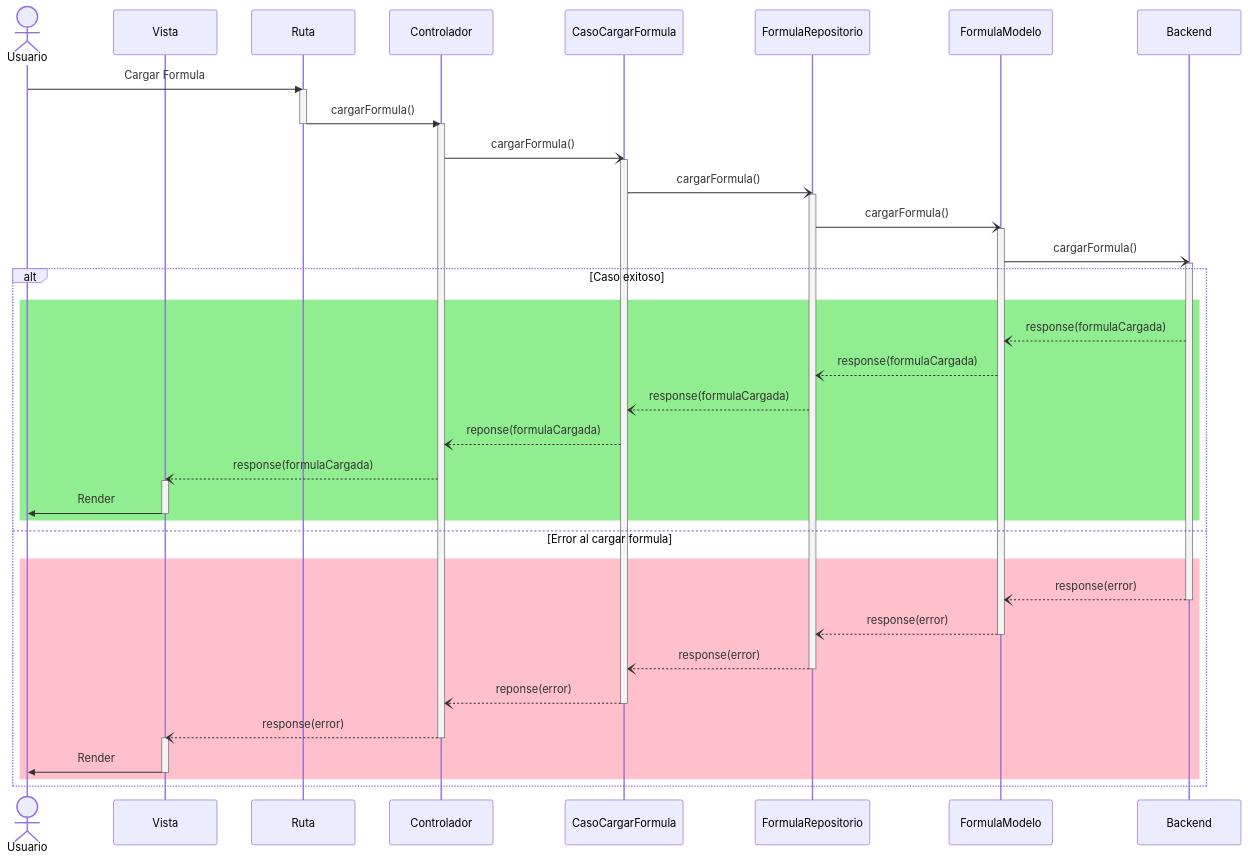
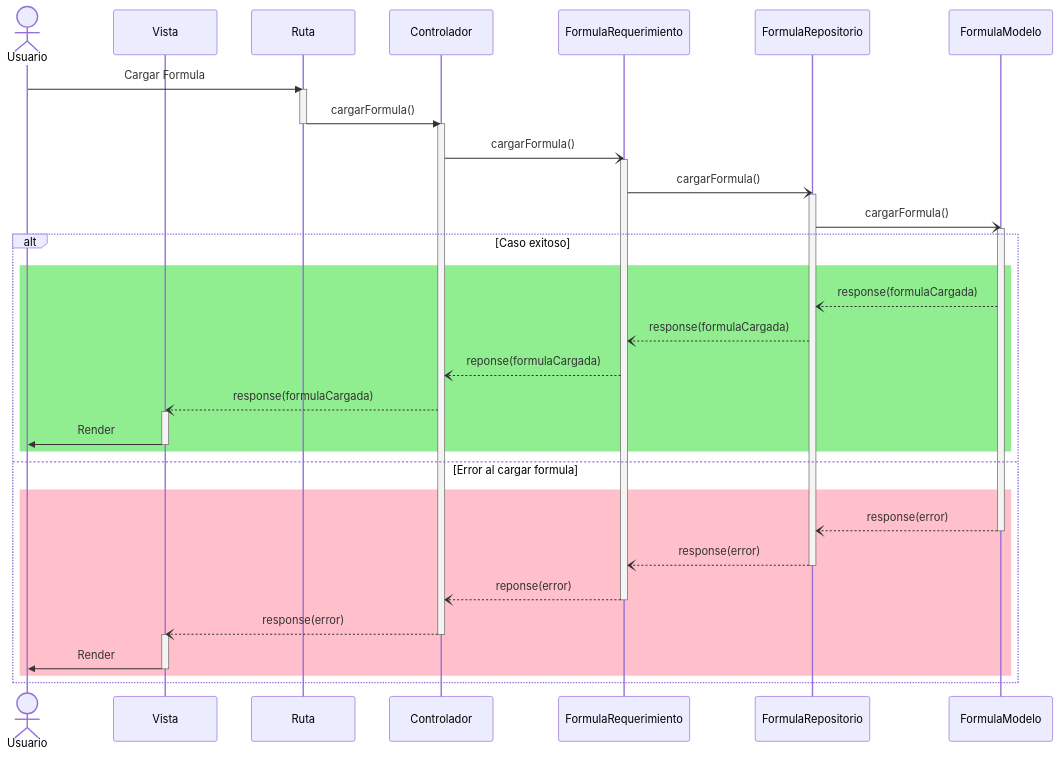
Before and after one commit to CodeAnd-Co/Documentacion: the diagram in documentation/docs/proyectos/tractores/documentacion/requisitos/RF70.md, drawn with Mermaid. The commit also changed other lines of this file, not shown here.

Commit message:
Corregir diagrama de secuencia

````diff
--- a/documentation/docs/proyectos/tractores/documentacion/requisitos/RF70.md
+++ b/documentation/docs/proyectos/tractores/documentacion/requisitos/RF70.md
@@ -28,54 +26,48 @@
 ```mermaid
 sequenceDiagram
     actor Usuario
     participant view as Vista
     participant route as Ruta
     participant controller as Controlador
-    participant usecase as CasoCargarFormula
+    participant usecase as FormulaRequerimiento
     participant repository as FormulaRepositorio
     participant model as FormulaModelo
-    participant backend as Backend
 
     Usuario->>route: Cargar Formula
     activate route
     route->>controller: cargarFormula()
     deactivate route
     activate controller
     controller-)usecase: cargarFormula()
     activate usecase
     usecase-)repository: cargarFormula()
     activate repository
     repository-)model: cargarFormula()
     activate model 
-    model-)backend: cargarFormula()
-    activate backend
     alt Caso exitoso
     rect Lightgreen
-    backend--)model: response(formulaCargada)
     model--)repository: response(formulaCargada)
     repository--)usecase: response(formulaCargada)
     usecase--)controller: reponse(formulaCargada)
     controller--)view: response(formulaCargada)
     activate view
     view->>Usuario: Render
     deactivate view
     end
     else Error al cargar formula
     rect Pink
-    backend--)model: response(error)
-    deactivate backend
     model--)repository: response(error)
     deactivate model
     repository--)usecase: response(error)
     deactivate repository
     usecase--)controller: reponse(error)
     deactivate usecase
     controller--)view: response(error)
     deactivate controller
     activate view
     view->>Usuario: Render
     deactivate view
     end
     end
     
 ```
````
